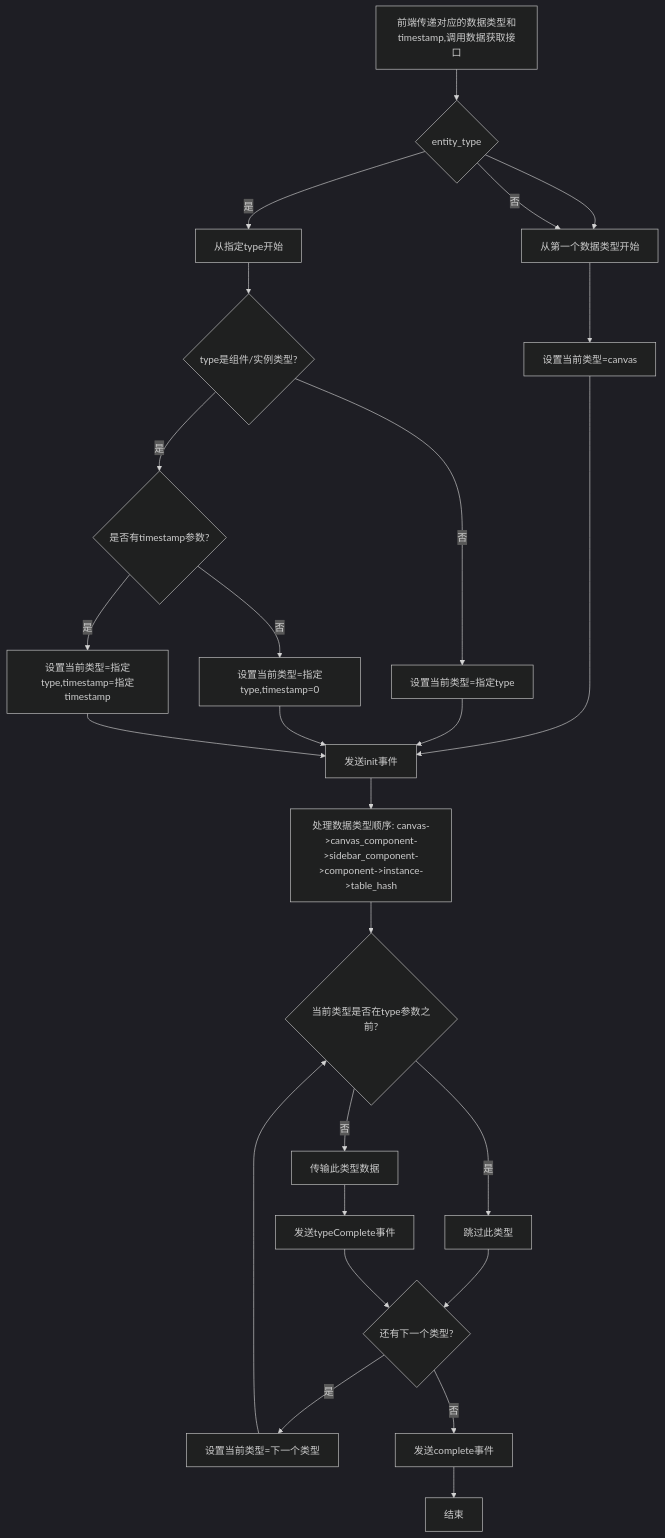
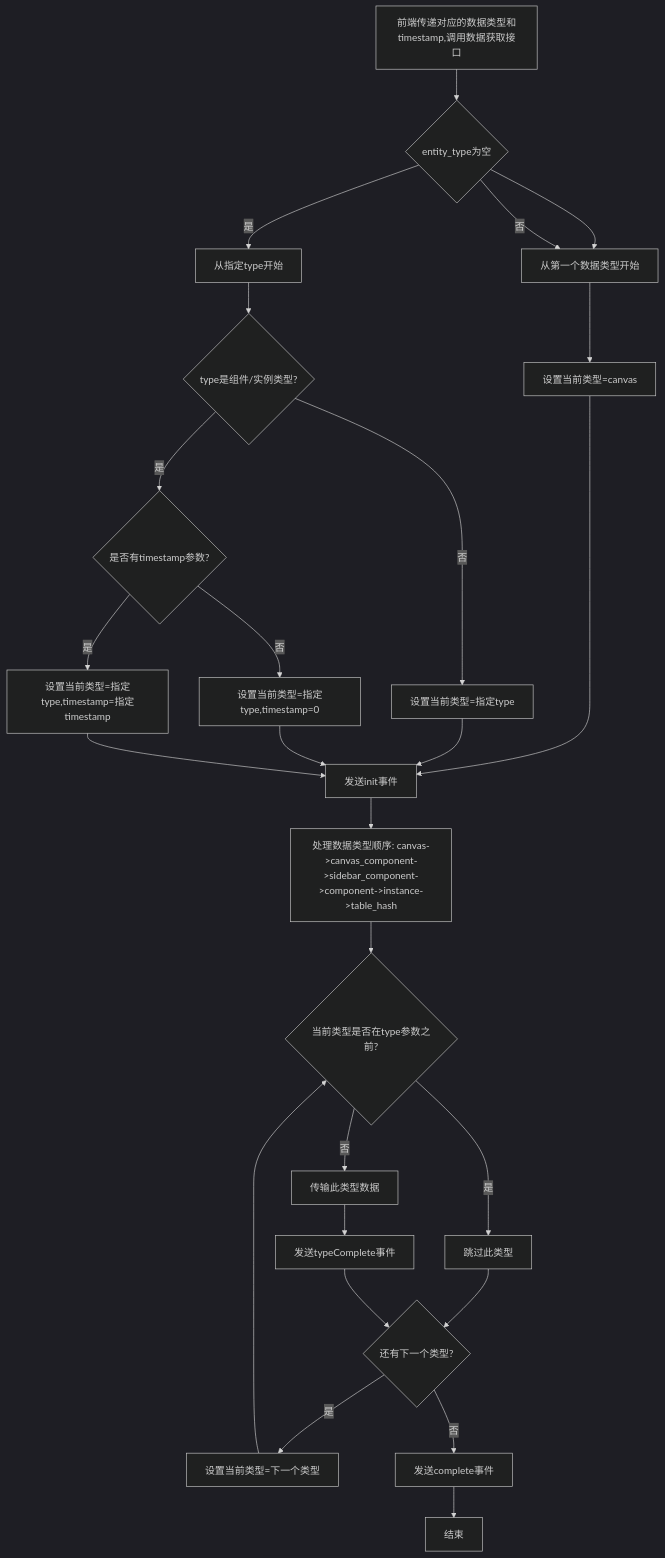
The diagram in all/未命名-59.md (yingjianzh/iodraw-files), drawn with Mermaid (dark theme) before and after one commit.

Commit message:
2025-05-14 15:30:59 update

````diff
--- a/all/未命名-59.md
+++ b/all/未命名-59.md
@@ -1,39 +1,39 @@
 ```mermaid
 flowchart TD
-    A[前端传递对应的数据类型和timestamp,调用数据获取接口] --> B{entity_type}
+    A[前端传递对应的数据类型和timestamp,调用数据获取接口] --> B{entity_type为空}
 
     B --> C 
     
     B -->|否| C[从第一个数据类型开始]
     B -->|是| D[从指定type开始]
     
     C --> E[设置当前类型=canvas]
     D --> F{type是组件/实例类型?}
     
     F -->|否| G[设置当前类型=指定type]
     F -->|是| H{是否有timestamp参数?}
     
     H -->|否| I[设置当前类型=指定type,timestamp=0]
     H -->|是| J[设置当前类型=指定type,timestamp=指定timestamp]
     
     E --> K[发送init事件]
     G --> K
     I --> K
     J --> K
     
     K --> L[处理数据类型顺序: canvas->canvas_component->sidebar_component->component->instance->table_hash]
     
     L --> M{当前类型是否在type参数之前?}
     M -->|是| N[跳过此类型]
     M -->|否| O[传输此类型数据]
     
     N --> P{还有下一个类型?}
     O --> Q[发送typeComplete事件]
     Q --> P
     
     P -->|是| R[设置当前类型=下一个类型]
     P -->|否| S[发送complete事件]
     
     R --> M
     S --> T[结束]
 ```
````
